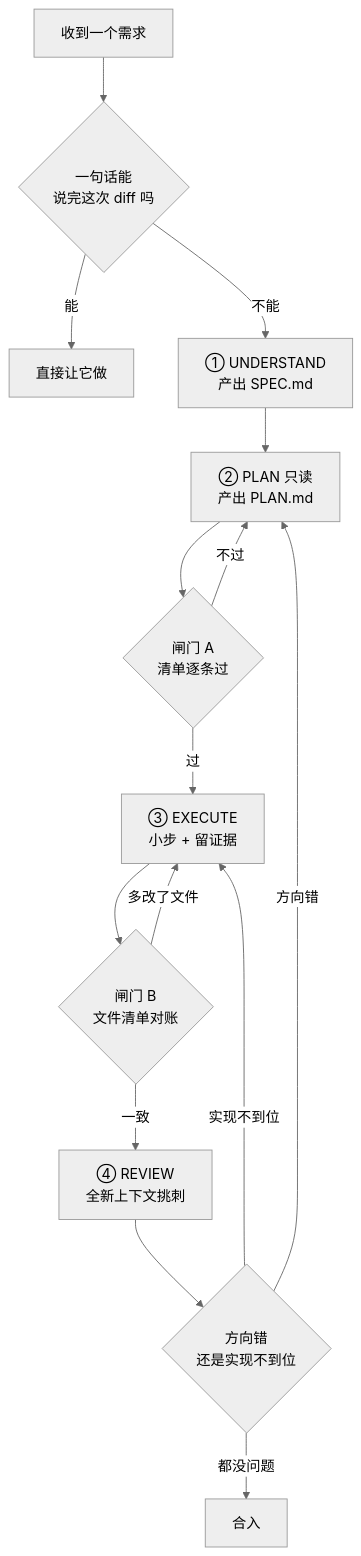
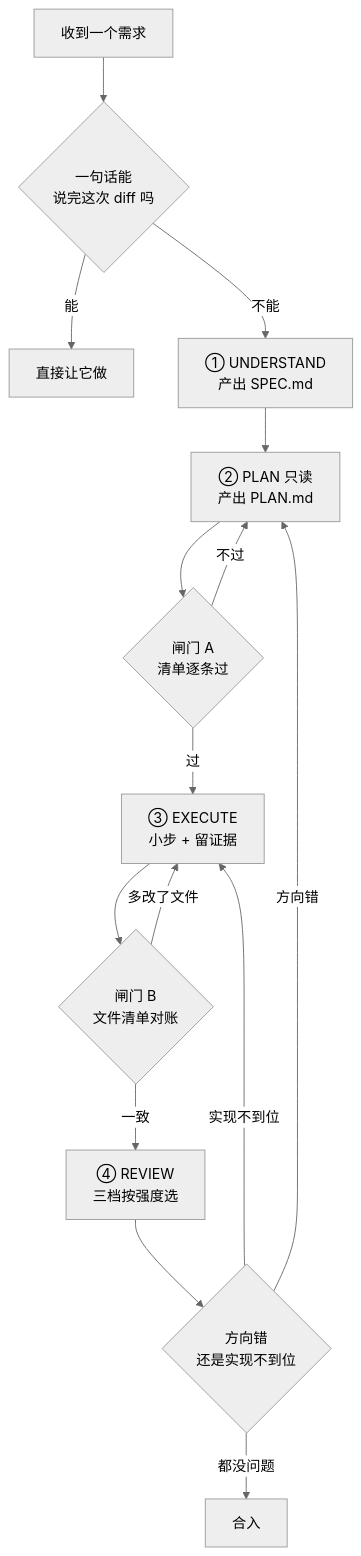
One commit to BigKunLun/AI-Coding-Playbook changed the diagram in 04-执行工作流/031-plan-execute-review循环.md. Above: the diagram before and after it, drawn with Mermaid (neutral theme). The commit also changed other lines of this file and 41 other files, not shown here.

First line of the commit message:
docs: 全库 40 篇 mermaid 补一句话图注，配图规范落地并进校验脚本

````diff
--- a/04-执行工作流/031-plan-execute-review循环.md
+++ b/04-执行工作流/031-plan-execute-review循环.md
@@ -15,17 +15,17 @@
 ```mermaid
 flowchart TD
     A[收到一个需求] --> B{一句话能<br/>说完这次 diff 吗}
     B -->|能| C[直接让它做]
     B -->|不能| D[① UNDERSTAND<br/>产出 SPEC.md]
     D --> E[② PLAN 只读<br/>产出 PLAN.md]
     E --> F{闸门 A<br/>清单逐条过}
     F -->|不过| E
     F -->|过| G[③ EXECUTE<br/>小步 + 留证据]
     G --> H{闸门 B<br/>文件清单对账}
     H -->|多改了文件| G
-    H -->|一致| I[④ REVIEW<br/>全新上下文挑刺]
+    H -->|一致| I[④ REVIEW<br/>三档按强度选]
     I --> J{方向错<br/>还是实现不到位}
     J -->|方向错| E
     J -->|实现不到位| G
     J -->|都没问题| K[合入]
 ```
````
